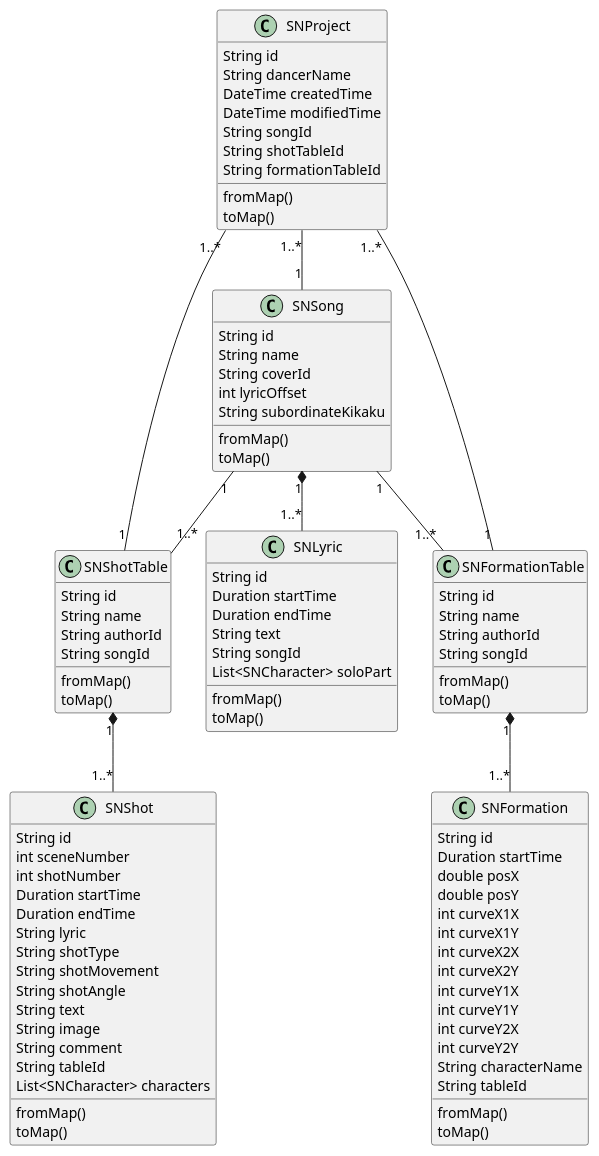
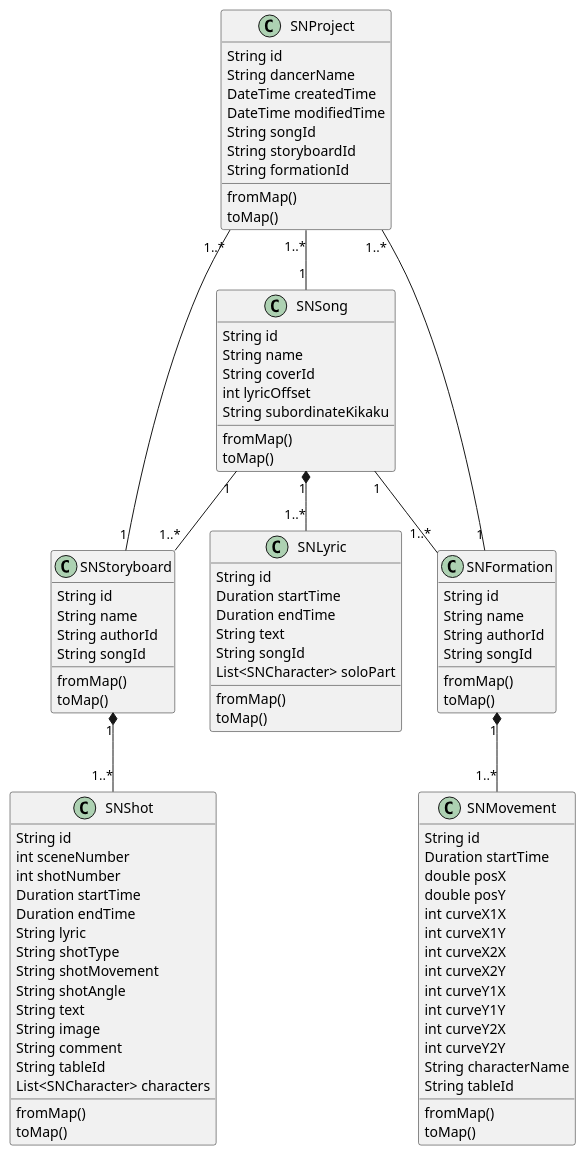
Before and after one commit to amamiseiya/shonichi_Flutter: the second of 3 diagrams in flutter_module/documents/requirement.md, drawn with PlantUML. The commit also changed other lines of this file and 62 other files, not shown here.

```diff
--- a/flutter_module/documents/requirement.md
+++ b/flutter_module/documents/requirement.md
@@ -42,13 +42,13 @@
 @startuml Class
 
 SNProject "1..*" -- "1" SNSong
-SNProject "1..*" -- "1" SNShotTable
-SNProject "1..*" -- "1" SNFormationTable
-SNSong "1" -- "1..*" SNShotTable
-SNSong "1" -- "1..*" SNFormationTable
+SNProject "1..*" -- "1" SNStoryboard
+SNProject "1..*" -- "1" SNFormation
+SNSong "1" -- "1..*" SNStoryboard
+SNSong "1" -- "1..*" SNFormation
 SNSong "1" *-- "1..*" SNLyric
-SNShotTable "1" *-- "1..*" SNShot
-SNFormationTable "1" *-- "1..*" SNFormation
+SNStoryboard "1" *-- "1..*" SNShot
+SNFormation "1" *-- "1..*" SNMovement
 
 class SNProject {
 
@@ -57,8 +57,8 @@
     DateTime createdTime
     DateTime modifiedTime
     String songId
-    String shotTableId
-    String formationTableId
+    String storyboardId
+    String formationId
     fromMap()
     toMap()
 
@@ -89,7 +89,7 @@
 
 }
 
-class SNShotTable {
+class SNStoryboard {
   String id
   String name
   String authorId
@@ -118,7 +118,7 @@
     toMap()
 
 }
-class SNFormationTable {
+class SNFormation {
   String id
   String name
   String authorId
@@ -128,7 +128,7 @@
   toMap()
 }
 
-class SNFormation {
+class SNMovement {
 
     String id
     Duration startTime
```
